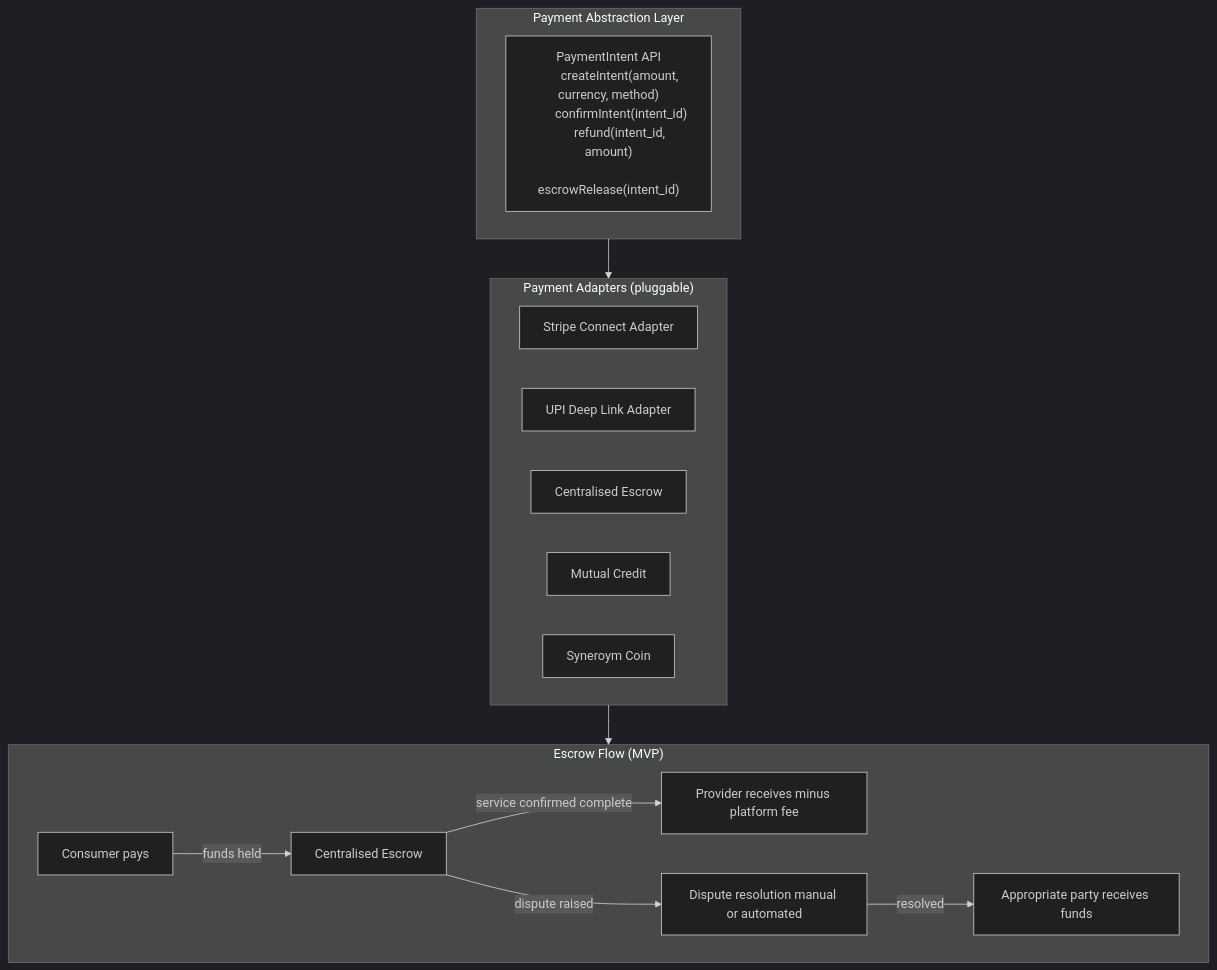
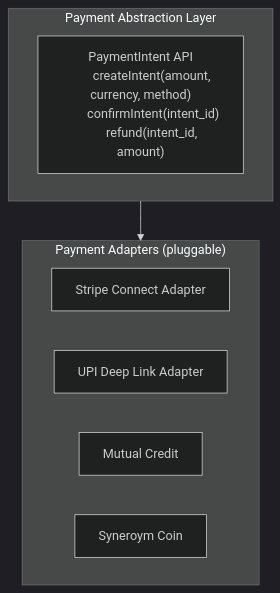
Diagram 14 of 22 in docs/system-architecture.md (syneroym/syneroym), drawn with Mermaid (dark theme) before and after one commit. The commit also changed other lines of this file and 1 other file, not shown here.

Commit message:
docs: defer escrow and system coin implementation details to future phases

````diff
--- a/docs/system-architecture.md
+++ b/docs/system-architecture.md
@@ -622,29 +622,18 @@
 ```mermaid
 flowchart TD
     subgraph PAY_ABSTRACT["Payment Abstraction Layer"]
         API["PaymentIntent API
         createIntent(amount, currency, method)
         confirmIntent(intent_id)
-        refund(intent_id, amount)
-        escrowRelease(intent_id)"]
+        refund(intent_id, amount)"]
     end
 
     subgraph ADAPTERS["Payment Adapters (pluggable)"]
         STRIPE[Stripe Connect Adapter]
         UPI[UPI Deep Link Adapter]
-        ESCROW[Centralised Escrow]
         CREDIT[Mutual Credit]
         COIN[Syneroym Coin]
     end
 
-    subgraph ESCROW_FLOW["Escrow Flow (MVP)"]
-        direction LR
-        C[Consumer pays] -->|"funds held"| E[Centralised Escrow]
-        E -->|"service confirmed complete"| P[Provider receives minus platform fee]
-        E -->|"dispute raised"| D[Dispute resolution manual or automated]
-        D -->|"resolved"| BOTH[Appropriate party receives funds]
-    end
-
     PAY_ABSTRACT --> ADAPTERS
-    ADAPTERS --> ESCROW_FLOW
 ```
````
